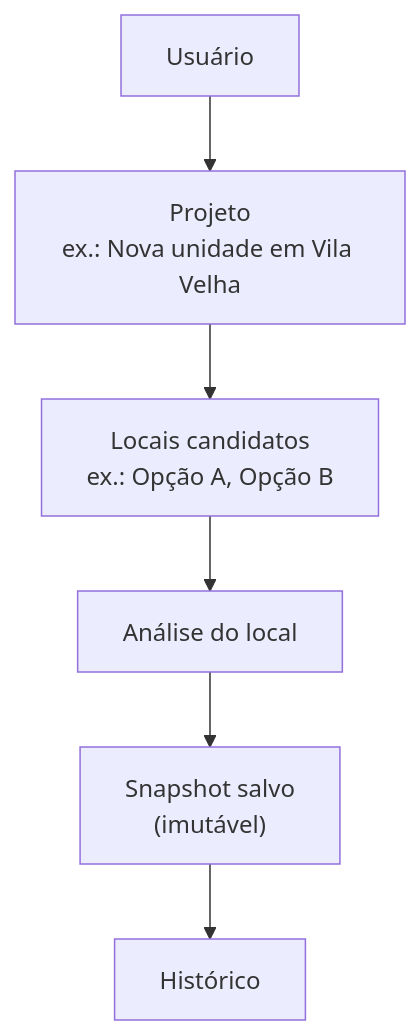
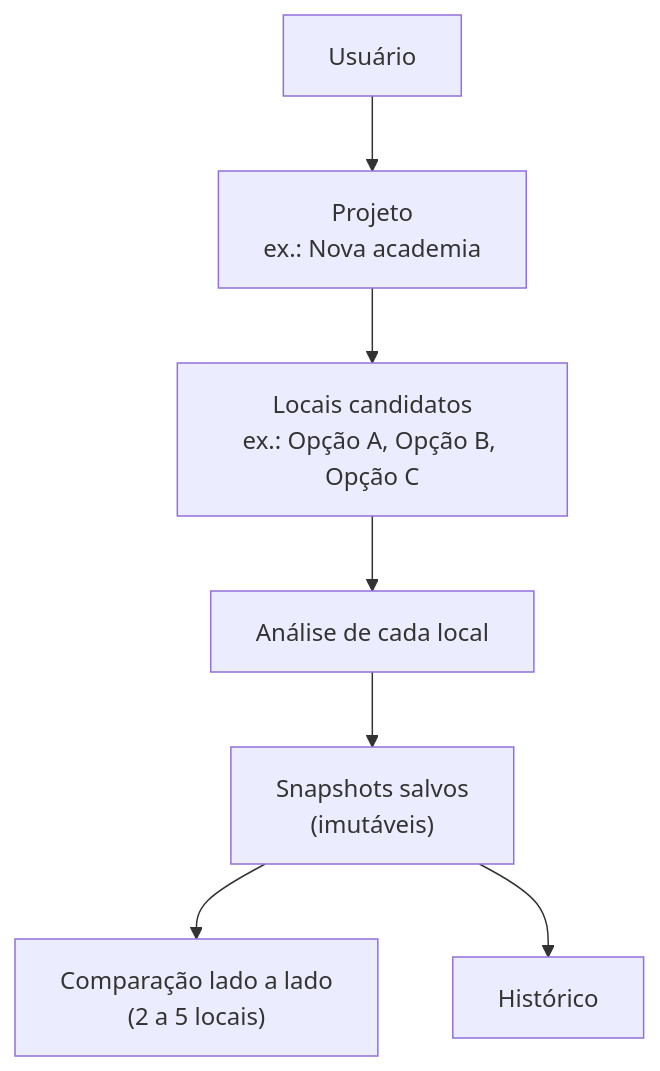
Before and after one commit to kelvinsg218/business-location-intelligence-showcase: the first of 2 diagrams in README.md, drawn with Mermaid. The commit also changed other lines of this file and 6 other files, not shown here.

````diff
--- a/README.md
+++ b/README.md
@@ -23,8 +23,9 @@
 ```mermaid
 flowchart TD
-    U["Usuário"] --> P["Projeto<br/>ex.: Nova unidade em Vila Velha"]
-    P --> C["Locais candidatos<br/>ex.: Opção A, Opção B"]
-    C --> A["Análise do local"]
-    A --> S["Snapshot salvo<br/>(imutável)"]
+    U["Usuário"] --> P["Projeto<br/>ex.: Nova academia"]
+    P --> C["Locais candidatos<br/>ex.: Opção A, Opção B, Opção C"]
+    C --> A["Análise de cada local"]
+    A --> S["Snapshots salvos<br/>(imutáveis)"]
+    S --> CMP["Comparação lado a lado<br/>(2 a 5 locais)"]
     S --> H["Histórico"]
 ```
````
